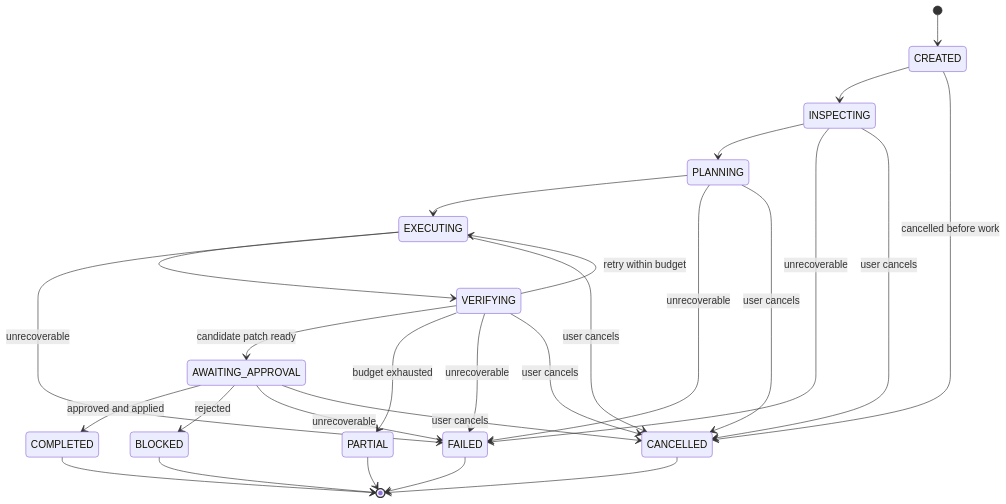
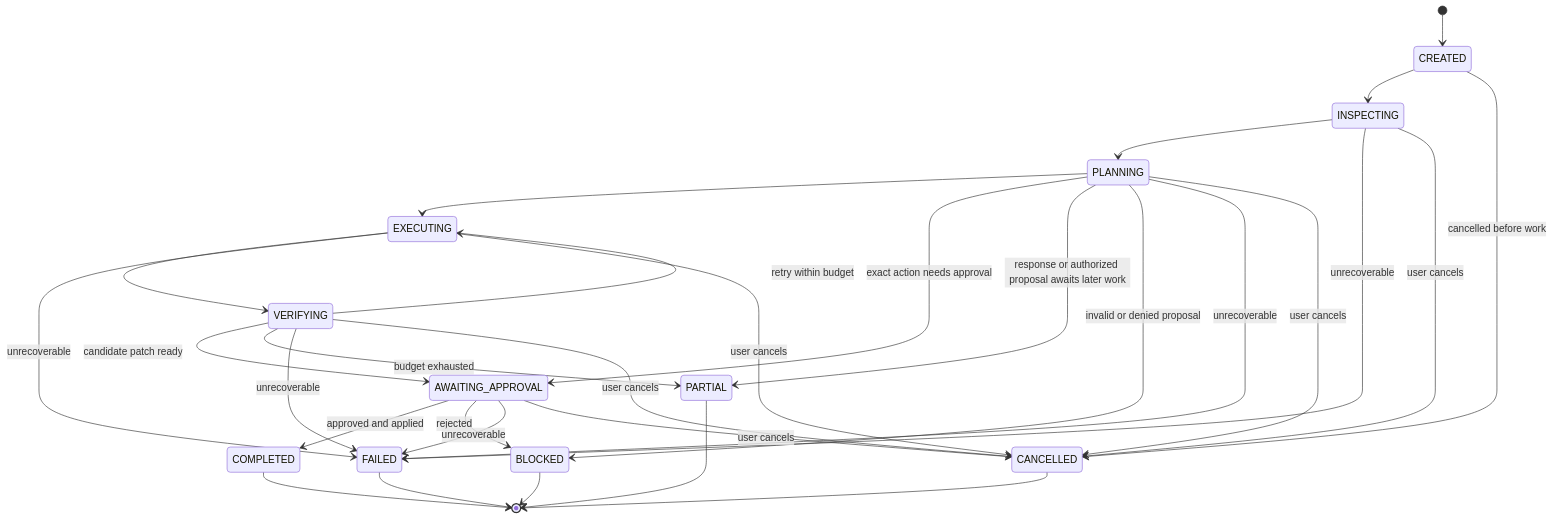
One commit to AmarjeetJha17/RepoPilot changed the second of 3 diagrams in ARCHITECTURE.md. Above: the diagram before and after it, drawn with Mermaid. The commit also changed other lines of this file and 9 other files, not shown here.

````diff
--- a/ARCHITECTURE.md
+++ b/ARCHITECTURE.md
@@ -119,29 +121,32 @@
 ```mermaid
 stateDiagram-v2
     [*] --> CREATED
     CREATED --> INSPECTING
     CREATED --> CANCELLED: cancelled before work
     INSPECTING --> PLANNING
     INSPECTING --> FAILED: unrecoverable
     INSPECTING --> CANCELLED: user cancels
     PLANNING --> EXECUTING
+    PLANNING --> AWAITING_APPROVAL: exact action needs approval
+    PLANNING --> PARTIAL: response or authorized proposal awaits later work
+    PLANNING --> BLOCKED: invalid or denied proposal
     PLANNING --> FAILED: unrecoverable
     PLANNING --> CANCELLED: user cancels
     EXECUTING --> VERIFYING
     EXECUTING --> FAILED: unrecoverable
     EXECUTING --> CANCELLED: user cancels
     VERIFYING --> EXECUTING: retry within budget
     VERIFYING --> AWAITING_APPROVAL: candidate patch ready
     VERIFYING --> PARTIAL: budget exhausted
     VERIFYING --> FAILED: unrecoverable
     VERIFYING --> CANCELLED: user cancels
     AWAITING_APPROVAL --> COMPLETED: approved and applied
     AWAITING_APPROVAL --> BLOCKED: rejected
     AWAITING_APPROVAL --> FAILED: unrecoverable
     AWAITING_APPROVAL --> CANCELLED: user cancels
     COMPLETED --> [*]
     FAILED --> [*]
     BLOCKED --> [*]
     CANCELLED --> [*]
     PARTIAL --> [*]
 ```
````
